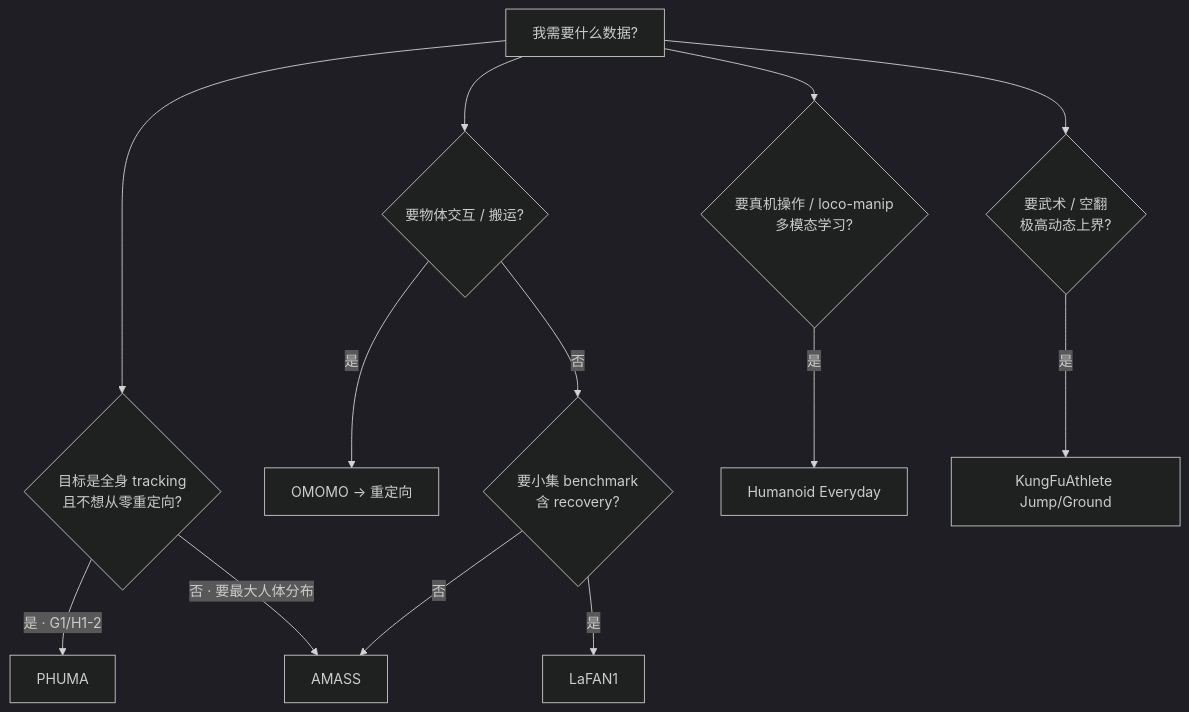
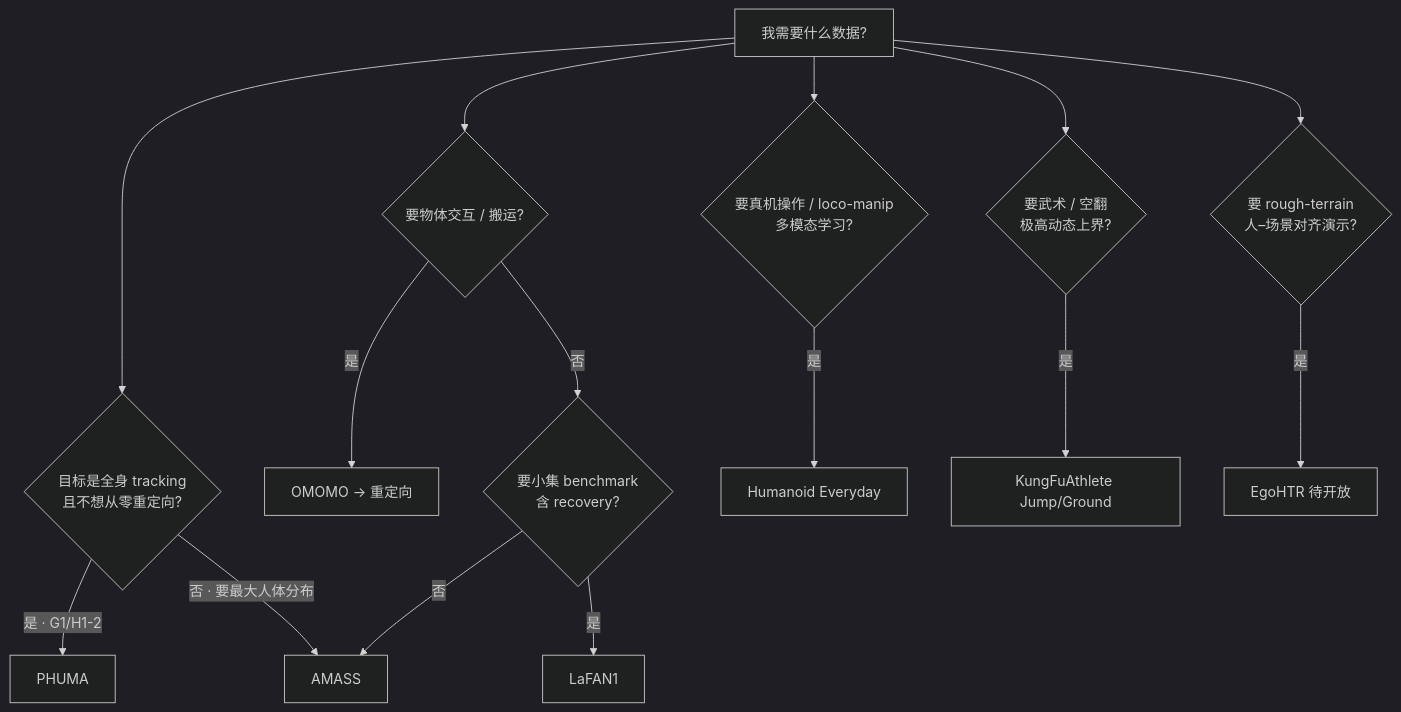
One commit to ImChong/Robotics_Notebooks changed the diagram in wiki/comparisons/humanoid-reference-motion-datasets.md. Above: the diagram before and after it, drawn with Mermaid (dark theme). The commit also changed other lines of this file and 20 other files, not shown here.

Commit message:
[2026-07-21] ingest | sources/papers/egohtr_arxiv_2607_13472.md — 接入 EgoHTR rough-terrain 人–场景 4D 数据集并同步索引

````diff
--- a/wiki/comparisons/humanoid-reference-motion-datasets.md
+++ b/wiki/comparisons/humanoid-reference-motion-datasets.md
@@ -78,16 +81,18 @@
 ```mermaid
 flowchart TD
   start[我需要什么数据?]
   start --> q1{目标是全身 tracking<br/>且不想从零重定向?}
   q1 -->|是 · G1/H1-2| phuma[PHUMA]
   q1 -->|否 · 要最大人体分布| amass[AMASS]
   start --> q2{要物体交互 / 搬运?}
   q2 -->|是| omomo[OMOMO → 重定向]
   q2 -->|否| q3{要小集 benchmark<br/>含 recovery?}
   q3 -->|是| lafan[LaFAN1]
   q3 -->|否| amass
   start --> q4{要真机操作 / loco-manip<br/>多模态学习?}
   q4 -->|是| he[Humanoid Everyday]
   start --> q5{要武术 / 空翻<br/>极高动态上界?}
   q5 -->|是| kfa[KungFuAthlete Jump/Ground]
+  start --> q6{要 rough-terrain<br/>人–场景对齐演示?}
+  q6 -->|是| egohtr[EgoHTR 待开放]
 ```
````
